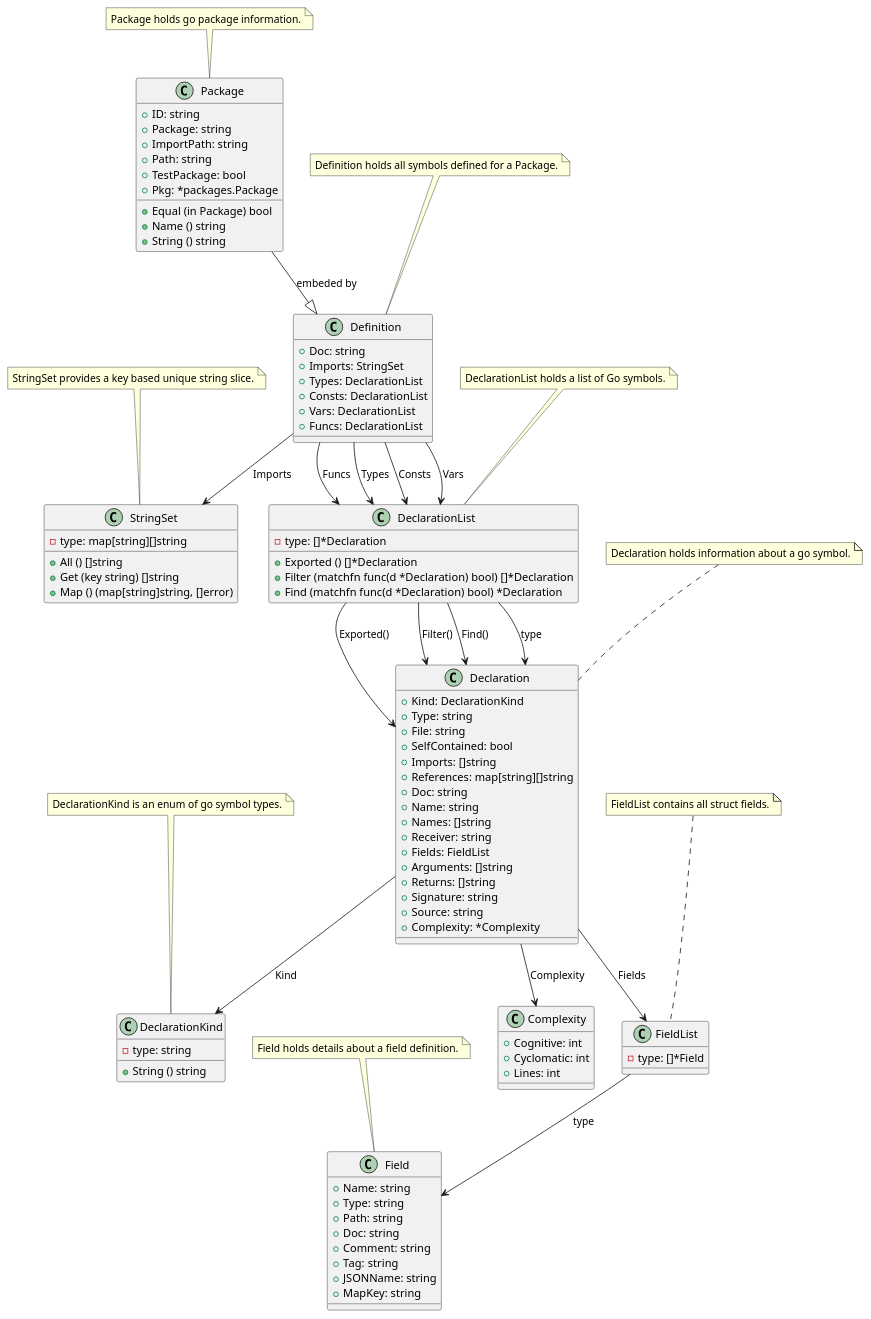
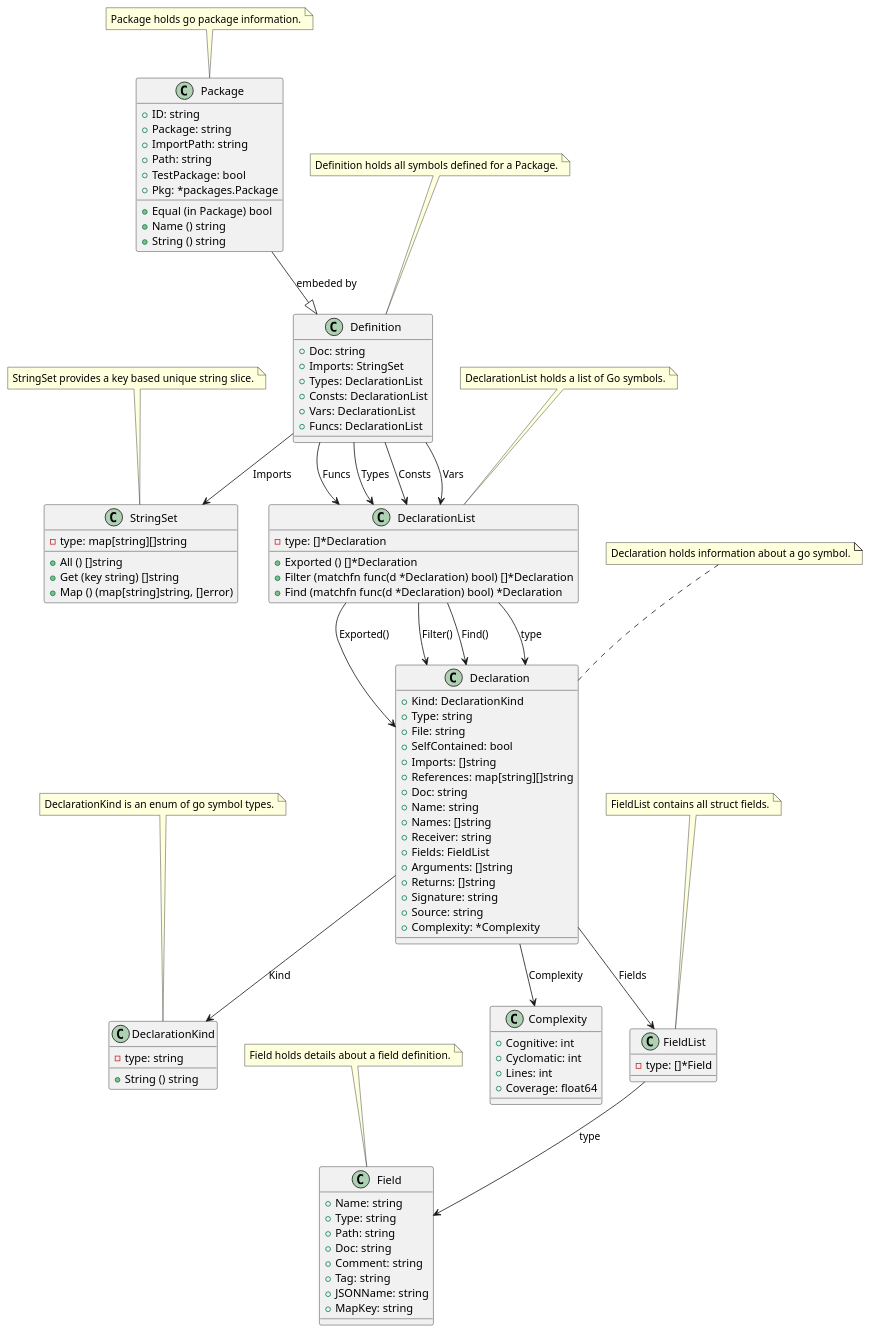
The diagram in cmd/go-fsck/model/restored/go-fsck.puml (titpetric/exp), drawn with PlantUML before and after one commit. The commit also changed 6 other files, not shown here.

```diff
--- a/cmd/go-fsck/model/restored/go-fsck.puml
+++ b/cmd/go-fsck/model/restored/go-fsck.puml
@@ -1,147 +1,148 @@
 @startuml
 
 class Complexity {
   + Cognitive: int
   + Cyclomatic: int
   + Lines: int
+  + Coverage: float64
 }
 
 class Declaration {
   + Kind: DeclarationKind
   + Type: string
   + File: string
   + SelfContained: bool
   + Imports: []string
   + References: map[string][]string
   + Doc: string
   + Name: string
   + Names: []string
   + Receiver: string
   + Fields: FieldList
   + Arguments: []string
   + Returns: []string
   + Signature: string
   + Source: string
   + Complexity: *Complexity
 }
 
 class DeclarationKind {
   - type: string
   + String () string
 }
 
 class DeclarationList {
   - type: []*Declaration
   + Exported () []*Declaration
   + Filter (matchfn func(d *Declaration) bool) []*Declaration
   + Find (matchfn func(d *Declaration) bool) *Declaration
 }
 
 class Definition {
   + Doc: string
   + Imports: StringSet
   + Types: DeclarationList
   + Consts: DeclarationList
   + Vars: DeclarationList
   + Funcs: DeclarationList
 }
 
 class Field {
   + Name: string
   + Type: string
   + Path: string
   + Doc: string
   + Comment: string
   + Tag: string
   + JSONName: string
   + MapKey: string
 }
 
 class FieldList {
   - type: []*Field
 }
 
 class Package {
   + ID: string
   + Package: string
   + ImportPath: string
   + Path: string
   + TestPackage: bool
   + Pkg: *packages.Package
   + Equal (in Package) bool
   + Name () string
   + String () string
 }
 
 class StringSet {
   - type: map[string][]string
   + All () []string
   + Get (key string) []string
   + Map () (map[string]string, []error)
 }
 
 
 Declaration --> DeclarationKind : Kind
 Declaration --> FieldList : Fields
 Declaration --> Complexity : Complexity
 
 note top of Declaration
 Declaration holds information about a go symbol.
 end note
 
 
 
 note top of DeclarationKind
 DeclarationKind is an enum of go symbol types.
 end note
 
 
 DeclarationList --> Declaration : type
 
 note top of DeclarationList
 DeclarationList holds a list of Go symbols.
 end note
 
 
 DeclarationList --> Declaration : Exported()
 DeclarationList --> Declaration : Filter()
 DeclarationList --> Declaration : Find()
 Package --|> Definition : embeded by
 Definition --> StringSet : Imports
 Definition --> DeclarationList : Types
 Definition --> DeclarationList : Consts
 Definition --> DeclarationList : Vars
 Definition --> DeclarationList : Funcs
 
 note top of Definition
 Definition holds all symbols defined for a Package.
 end note
 
 
 
 note top of Field
 Field holds details about a field definition.
 end note
 
 
 FieldList --> Field : type
 
 note top of FieldList
 FieldList contains all struct fields.
 end note
 
 
 
 note top of Package
 Package holds go package information.
 end note
 
 
 
 note top of StringSet
 StringSet provides a key based unique string slice.
 end note
 
 
 
 @enduml
```
